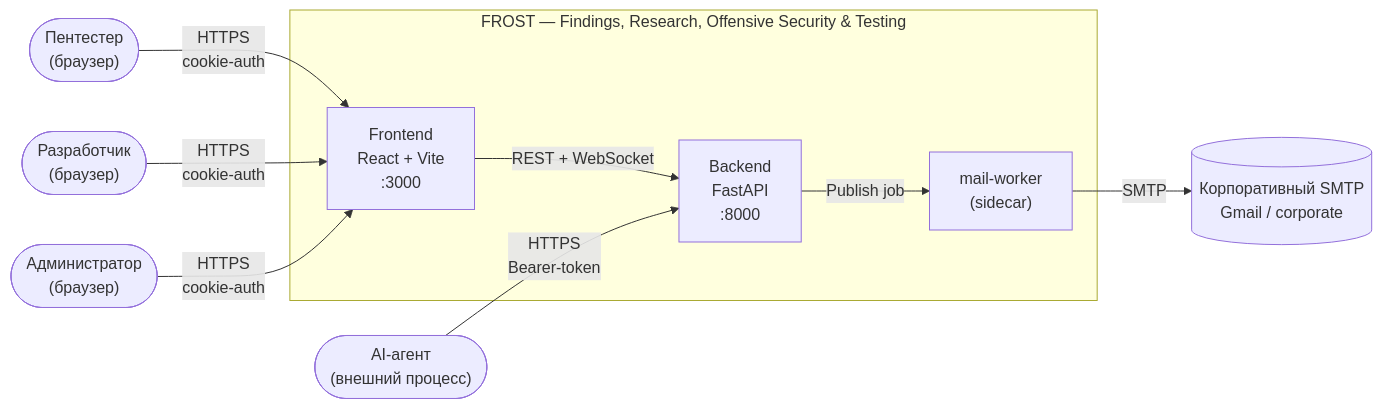
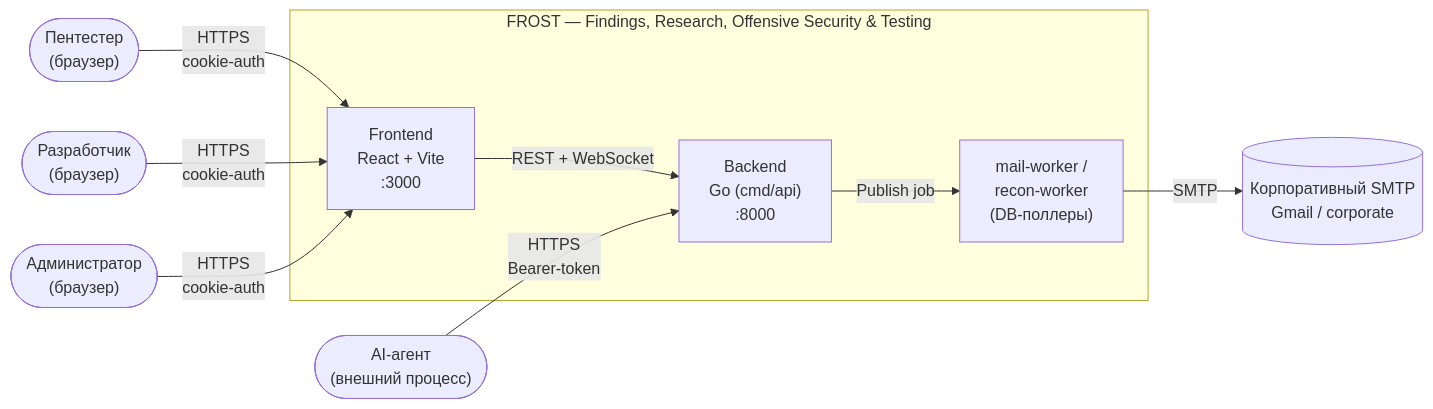
The first of 20 diagrams in docs/ARCH_DIAGRAMS.md (nkolomiika/FROST), drawn with Mermaid before and after one commit. The commit also changed other lines of this file and 11 other files, not shown here.

````diff
--- a/docs/ARCH_DIAGRAMS.md
+++ b/docs/ARCH_DIAGRAMS.md
@@ -13,23 +13,23 @@
 ```mermaid
 flowchart LR
     Pentester(["Пентестер<br/>(браузер)"])
     Developer(["Разработчик<br/>(браузер)"])
     Admin(["Администратор<br/>(браузер)"])
     AIAgent(["AI-агент<br/>(внешний процесс)"])
 
     subgraph FROST["FROST — Findings, Research, Offensive Security & Testing"]
         Frontend["Frontend<br/>React + Vite<br/>:3000"]
-        Backend["Backend<br/>FastAPI<br/>:8000"]
-        Worker["mail-worker<br/>(sidecar)"]
+        Backend["Backend<br/>Go (cmd/api)<br/>:8000"]
+        Worker["mail-worker /<br/>recon-worker<br/>(DB-поллеры)"]
     end
 
     SMTP[("Корпоративный SMTP<br/>Gmail / corporate")]
 
     Pentester -->|HTTPS<br/>cookie-auth| Frontend
     Developer -->|HTTPS<br/>cookie-auth| Frontend
     Admin -->|HTTPS<br/>cookie-auth| Frontend
     Frontend -->|REST + WebSocket| Backend
     AIAgent -->|HTTPS<br/>Bearer-token| Backend
     Backend -->|Publish job| Worker
     Worker -->|SMTP| SMTP
 ```
````
